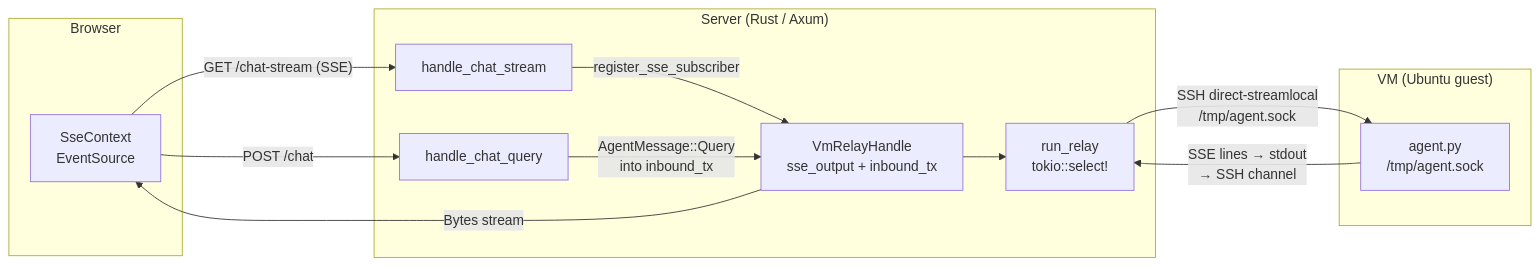
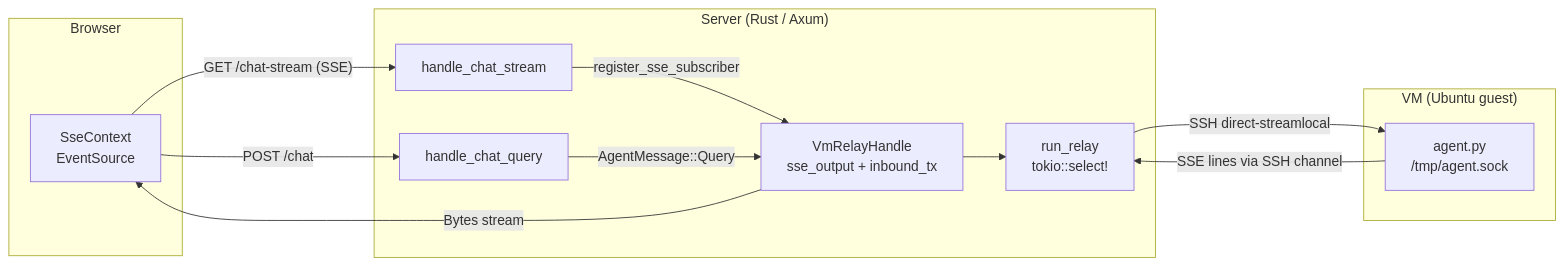
One commit to henrywong-crypto/chat-test3 changed the first of 7 diagrams in docs/chat-architecture.md. Above: the diagram before and after it, drawn with Mermaid. The commit also changed other lines of this file and 2 other files, not shown here.

````diff
--- a/docs/chat-architecture.md
+++ b/docs/chat-architecture.md
@@ -9,28 +9,28 @@
 ```mermaid
 graph LR
     subgraph Browser
-        SC[SseContext\nEventSource]
+        SC["SseContext<br/>EventSource"]
     end
 
     subgraph Server["Server (Rust / Axum)"]
         HS[handle_chat_stream]
         HQ[handle_chat_query]
-        VR[VmRelayHandle\nsse_output + inbound_tx]
-        RR[run_relay\ntokio::select!]
+        VR["VmRelayHandle<br/>sse_output + inbound_tx"]
+        RR["run_relay<br/>tokio::select!"]
     end
 
     subgraph VM["VM (Ubuntu guest)"]
-        AG[agent.py\n/tmp/agent.sock]
+        AG["agent.py<br/>/tmp/agent.sock"]
     end
 
     SC -- "GET /chat-stream (SSE)" --> HS
     HS -- "register_sse_subscriber" --> VR
     VR -- "Bytes stream" --> SC
 
     SC -- "POST /chat" --> HQ
-    HQ -- "AgentMessage::Query\ninto inbound_tx" --> VR
+    HQ -- "AgentMessage::Query" --> VR
     VR --> RR
 
-    RR -- "SSH direct-streamlocal\n/tmp/agent.sock" --> AG
-    AG -- "SSE lines → stdout\n→ SSH channel" --> RR
+    RR -- "SSH direct-streamlocal" --> AG
+    AG -- "SSE lines via SSH channel" --> RR
 ```
````
